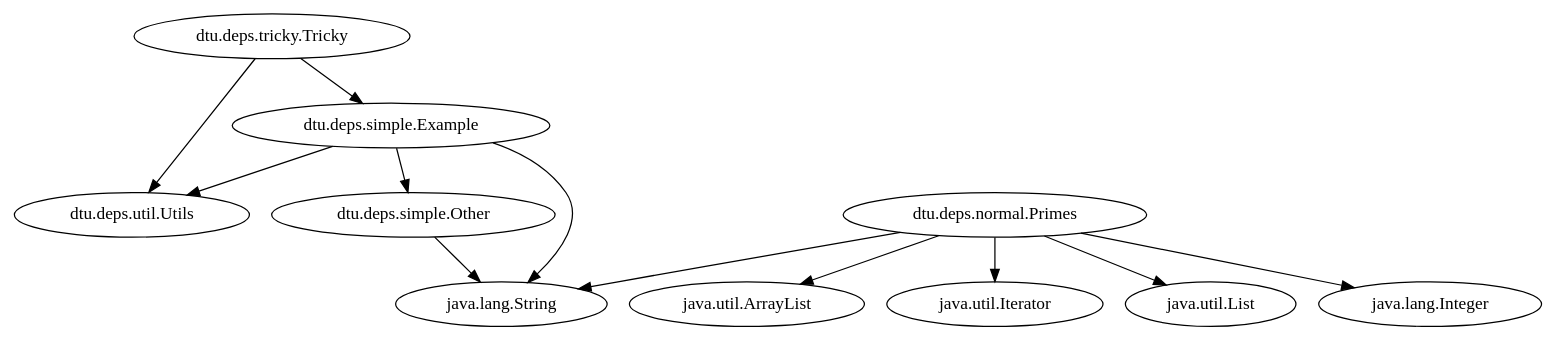
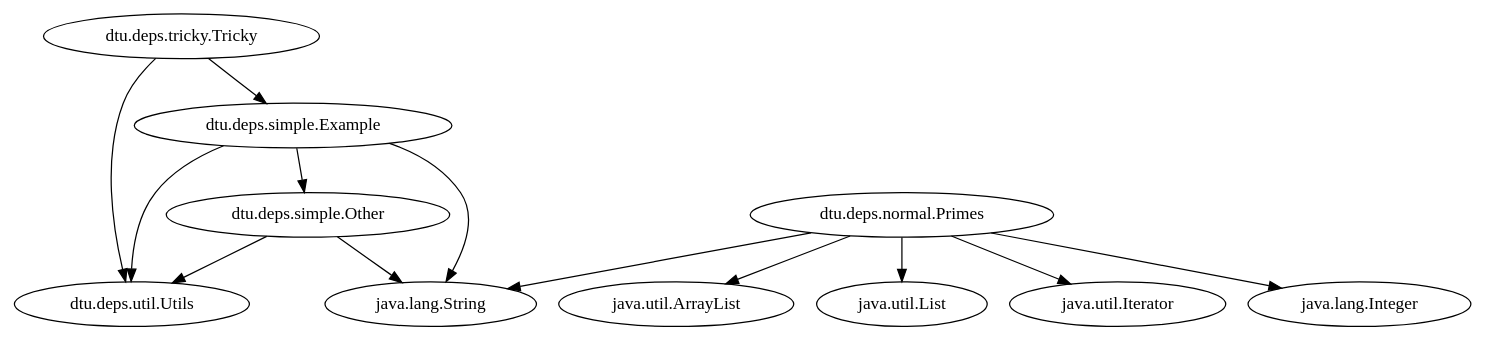
Before and after one commit to cakarsubasi/2242-ProgramAnalysis: the diagram in source-graph.dot, drawn with Graphviz. The commit also changed 1 other file, not shown here.

```diff
--- a/source-graph.dot
+++ b/source-graph.dot
@@ -1,18 +1,19 @@
 digraph SourceGraph {
   "dtu.deps.util.Utils" [label="dtu.deps.util.Utils"];
   "dtu.deps.tricky.Tricky" [label="dtu.deps.tricky.Tricky"];
   "dtu.deps.simple.Example" [label="dtu.deps.simple.Example"];
   "dtu.deps.simple.Other" [label="dtu.deps.simple.Other"];
   "dtu.deps.normal.Primes" [label="dtu.deps.normal.Primes"];
+  "dtu.deps.tricky.Tricky" -> "dtu.deps.simple.Example";
   "dtu.deps.tricky.Tricky" -> "dtu.deps.util.Utils";
-  "dtu.deps.tricky.Tricky" -> "dtu.deps.simple.Example";
-  "dtu.deps.simple.Example" -> "dtu.deps.util.Utils";
   "dtu.deps.simple.Example" -> "java.lang.String";
   "dtu.deps.simple.Example" -> "dtu.deps.simple.Other";
+  "dtu.deps.simple.Example" -> "dtu.deps.util.Utils";
   "dtu.deps.simple.Other" -> "java.lang.String";
+  "dtu.deps.simple.Other" -> "dtu.deps.util.Utils";
   "dtu.deps.normal.Primes" -> "java.util.ArrayList";
-  "dtu.deps.normal.Primes" -> "java.util.Iterator";
   "dtu.deps.normal.Primes" -> "java.lang.String";
   "dtu.deps.normal.Primes" -> "java.util.List";
+  "dtu.deps.normal.Primes" -> "java.util.Iterator";
   "dtu.deps.normal.Primes" -> "java.lang.Integer";
 }
```
